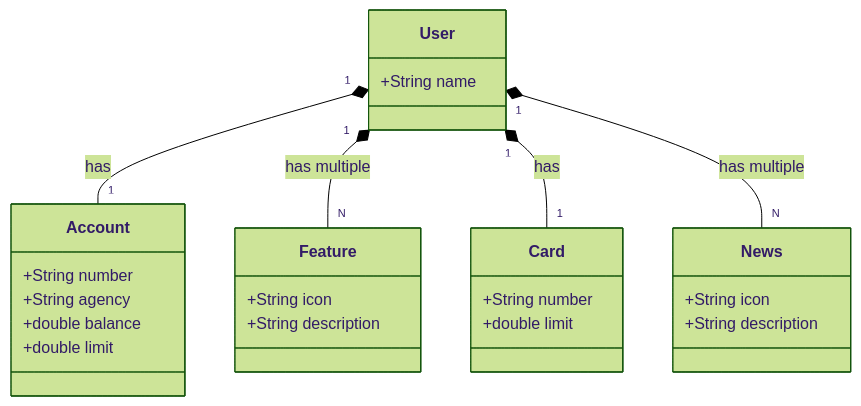
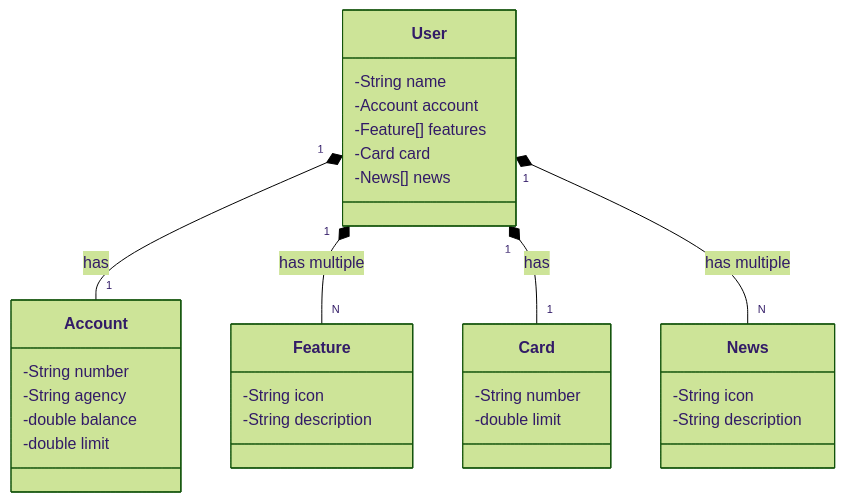
One commit to pedroanicio/SpringFramework changed the diagram in DesafiosProjeto/api_rest_nuvem/README.md. Above: the diagram before and after it, drawn with Mermaid (forest theme).

Commit message:
updating uml

````diff
--- a/DesafiosProjeto/api_rest_nuvem/README.md
+++ b/DesafiosProjeto/api_rest_nuvem/README.md
@@ -4,35 +4,39 @@
 ```mermaid
 
 classDiagram
     class User {
-        +String name
+        -String name
+        -Account account
+        -Feature[] features
+        -Card card
+        -News[] news
     }
 
     class Account {
-        +String number
-        +String agency
-        +double balance
-        +double limit
+        -String number
+        -String agency
+        -double balance
+        -double limit
     }
 
     class Feature {
-        +String icon
-        +String description
+        -String icon
+        -String description
     }
 
     class Card {
-        +String number
-        +double limit
+        -String number
+        -double limit
     }
 
     class News {
-        +String icon
-        +String description
+        -String icon
+        -String description
     }
 
     User "1" *-- "1" Account : has
     User "1" *-- "N" Feature : has multiple
     User "1" *-- "1" Card : has
     User "1" *-- "N" News : has multiple
 
 ```
````
